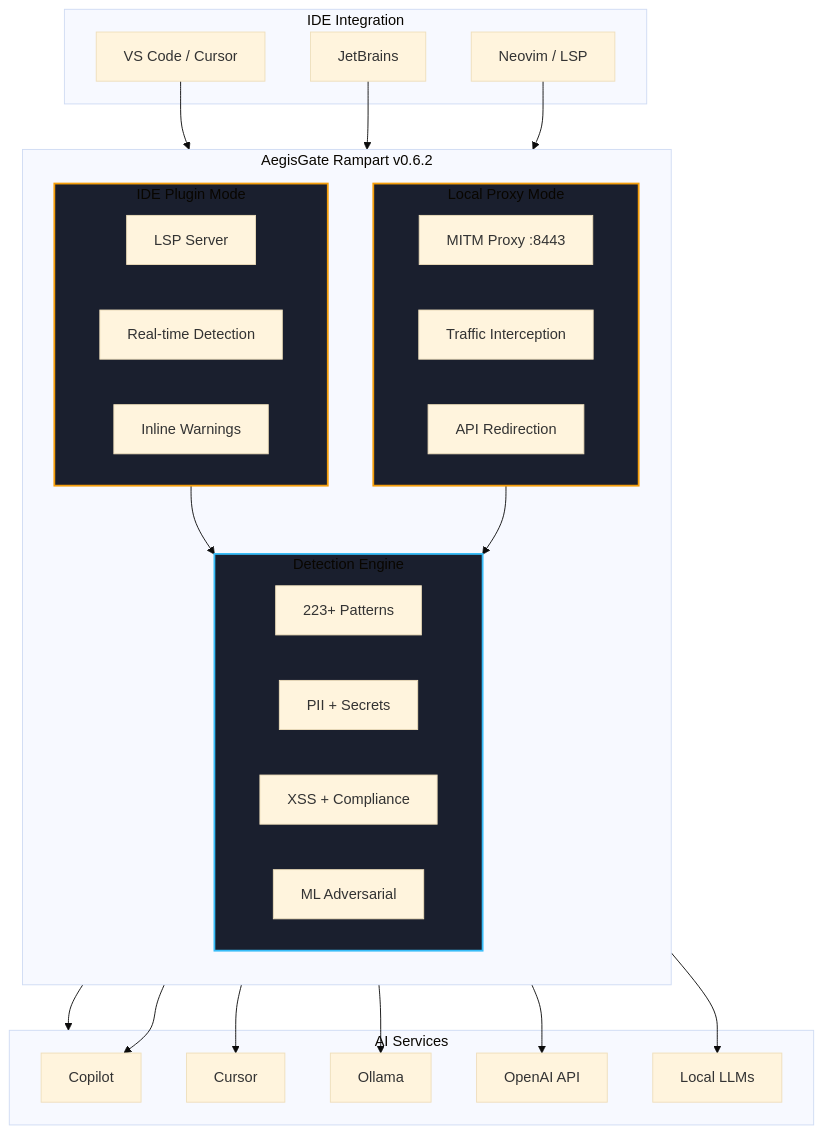
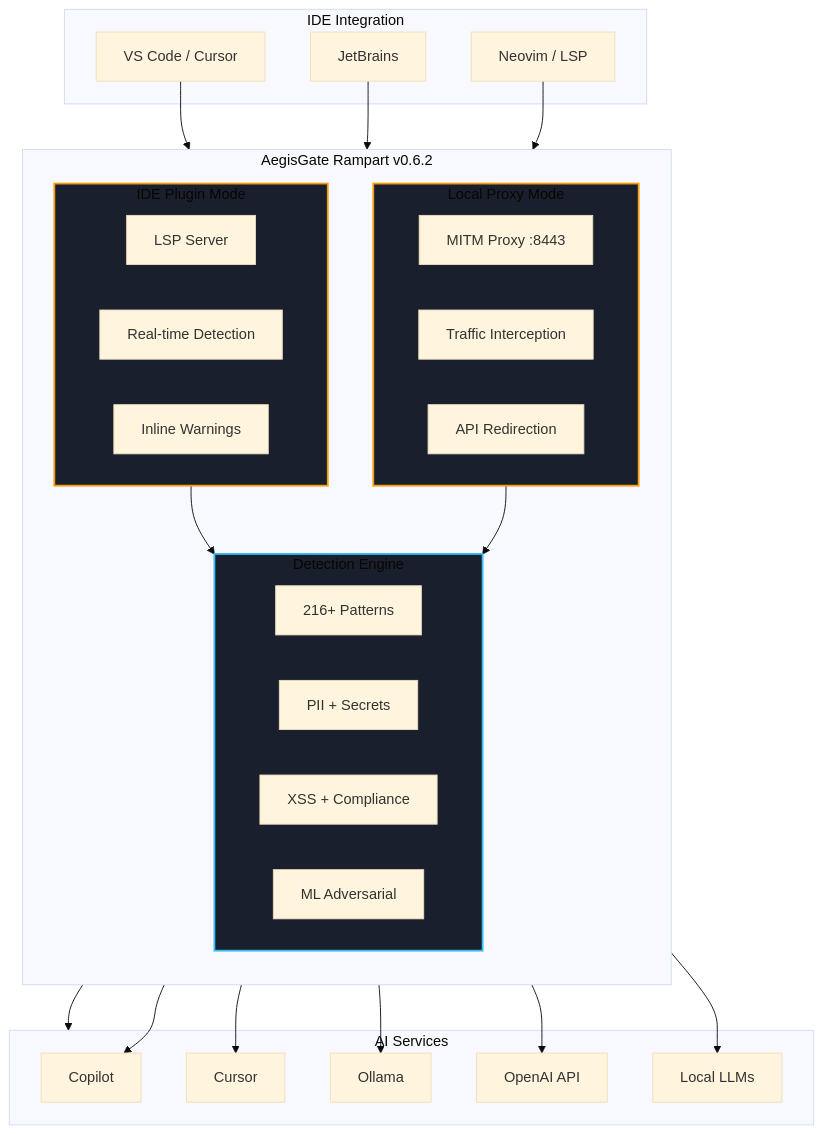
The first of 3 diagrams in content/rampart/_index.md (aegisgatesecurity/aegisgate-site), drawn with Mermaid (base theme) before and after one commit. The commit also changed 15 other files, not shown here.

```diff
--- a/content/rampart/_index.md
+++ b/content/rampart/_index.md
@@ -77,57 +77,57 @@
 {{< mermaid >}}
 flowchart TD
     subgraph IDE["IDE Integration"]
         VS[VS Code / Cursor]
         JB[JetBrains]
         NV[Neovim / LSP]
     end
 
     subgraph Rampart["AegisGate Rampart v0.6.2"]
         direction TB
         
         subgraph PluginMode["IDE Plugin Mode"]
             PM1[LSP Server]
             PM2[Real-time Detection]
             PM3[Inline Warnings]
         end
         
         subgraph ProxyMode["Local Proxy Mode"]
             PX1[MITM Proxy :8443]
             PX2[Traffic Interception]
             PX3[API Redirection]
         end
         
         subgraph Engine["Detection Engine"]
-            E1[223+ Patterns]
+            E1[216+ Patterns]
             E2[PII + Secrets]
             E3[XSS + Compliance]
             E4[ML Adversarial]
         end
     end
 
     subgraph AI["AI Services"]
         A[Copilot]
         B[Cursor]
         C[Ollama]
         D[OpenAI API]
         E[Local LLMs]
     end
 
     VS --> PluginMode
     JB --> PluginMode
     NV --> PluginMode
     
     PluginMode --> Engine
     ProxyMode --> Engine
     
     PluginMode --> AI
     ProxyMode --> A
     ProxyMode --> B
     ProxyMode --> C
     ProxyMode --> D
     ProxyMode --> E
 
     style PluginMode fill:#1a1f2e,stroke:#f59e0b,stroke-width:2px
     style ProxyMode fill:#1a1f2e,stroke:#f59e0b,stroke-width:2px
     style Engine fill:#1a1f2e,stroke:#38bdf8,stroke-width:2px
 {{< /mermaid >}}
```
